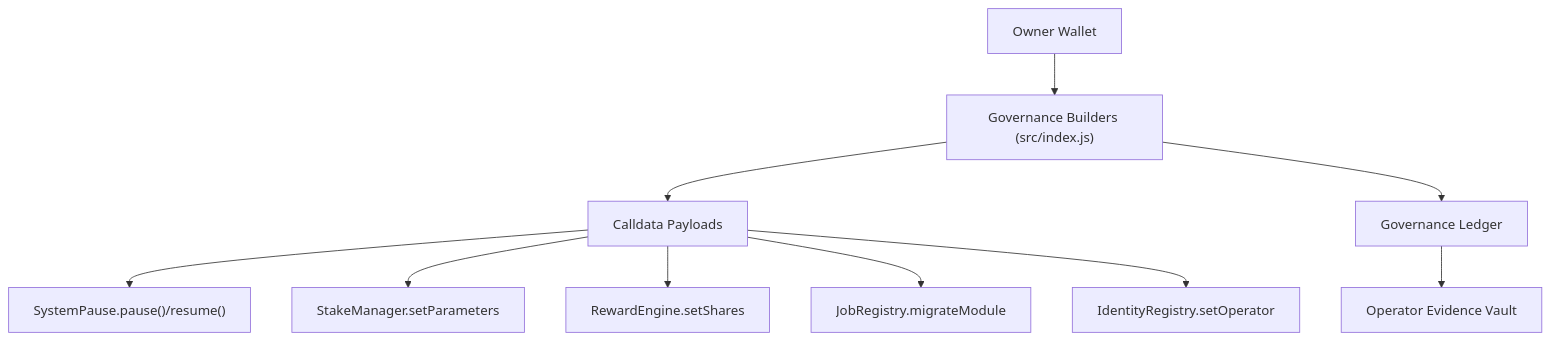
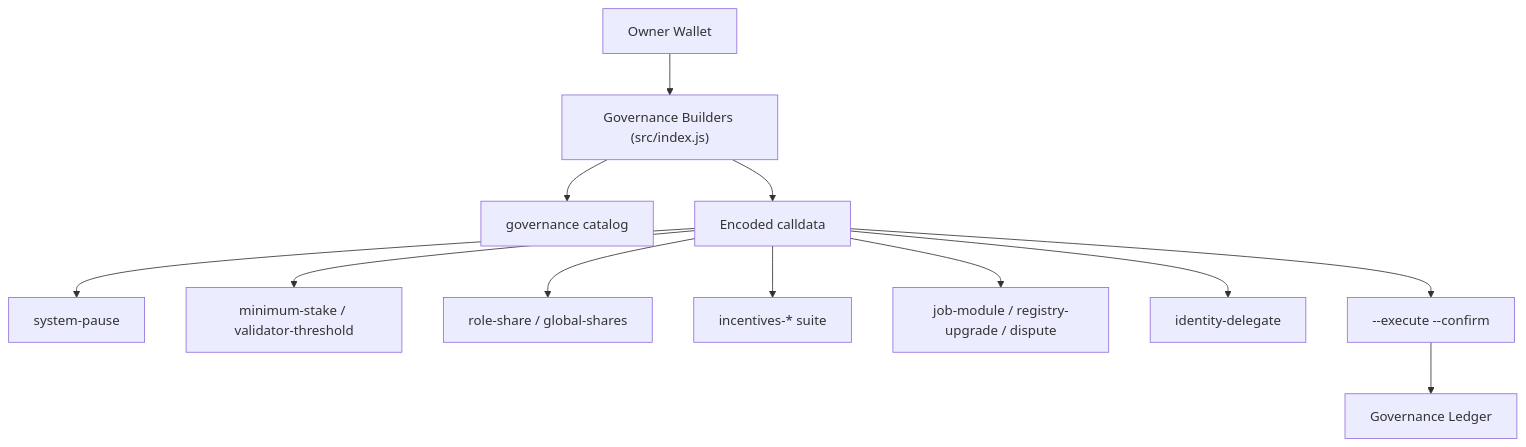
One commit to MontrealAI/AGI-Alpha-Node-v0 changed the third of 3 diagrams in docs/economics.md. Above: the diagram before and after it, drawn with Mermaid. The commit also changed other lines of this file, not shown here.

````diff
--- a/docs/economics.md
+++ b/docs/economics.md
@@ -145,12 +134,14 @@
 ```mermaid
 flowchart TD
   Owner["Owner Wallet"] --> CLI["Governance Builders (src/index.js)"]
-  CLI --> Payloads["Calldata Payloads"]
-  Payloads --> SystemPause["SystemPause.pause()/resume()"]
-  Payloads --> StakeManager["StakeManager.setParameters"]
-  Payloads --> RewardEngine["RewardEngine.setShares"]
-  Payloads --> JobRegistry["JobRegistry.migrateModule"]
-  Payloads --> IdentityRegistry["IdentityRegistry.setOperator"]
-  CLI --> Evidence["Governance Ledger"]
-  Evidence --> OperatorVault["Operator Evidence Vault"]
+  CLI --> Catalog["governance catalog"]
+  CLI --> Payloads["Encoded calldata"]
+  Payloads --> Pause["system-pause"]
+  Payloads --> Stake["minimum-stake / validator-threshold"]
+  Payloads --> Shares["role-share / global-shares"]
+  Payloads --> Incentives["incentives-* suite"]
+  Payloads --> Registry["job-module / registry-upgrade / dispute"]
+  Payloads --> Identity["identity-delegate"]
+  Payloads --> Ledger["--execute --confirm"]
+  Ledger --> Evidence["Governance Ledger"]
 ```
````
